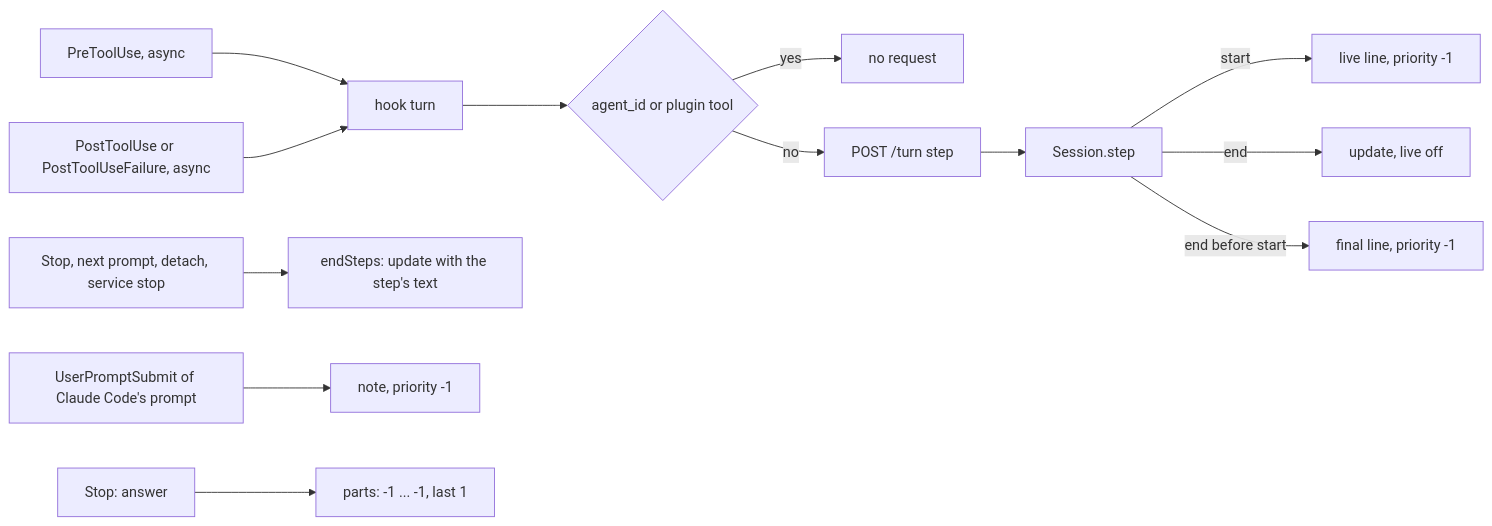
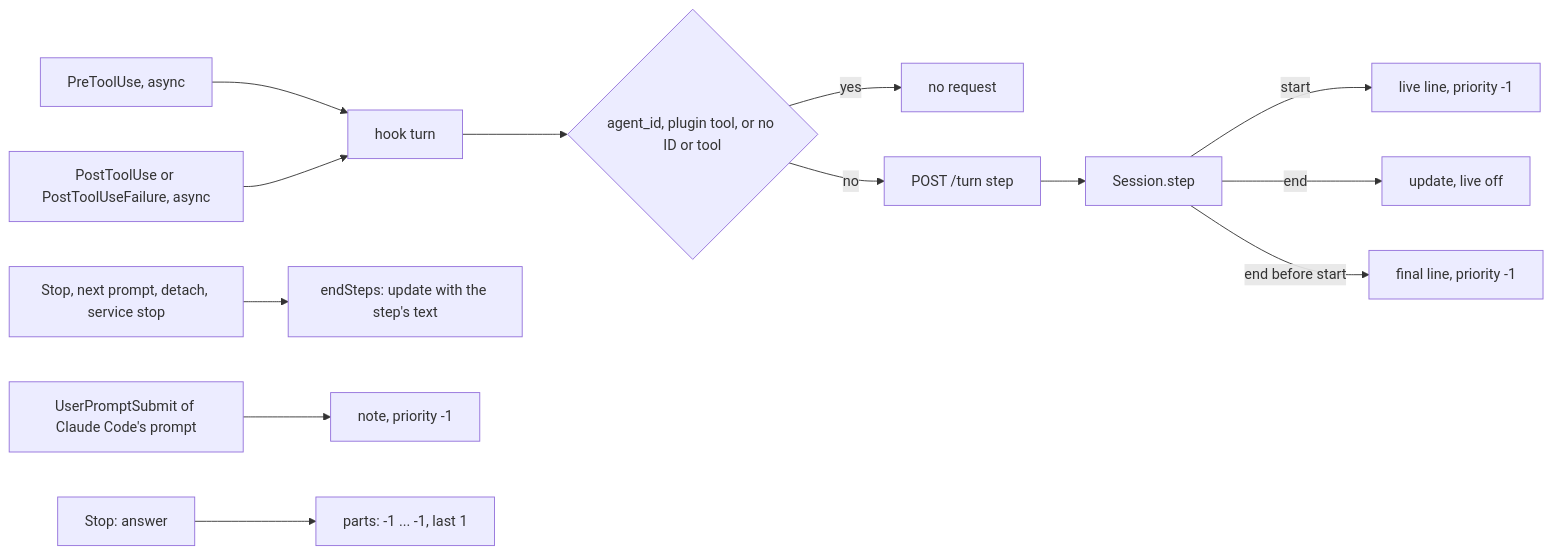
One commit to simplex-chat/simplex-chat changed the third of 3 diagrams in plans/2026-11-12-mcp-activity.md. Above: the diagram before and after it, drawn with Mermaid. The commit also changed other lines of this file, not shown here.

````diff
--- a/plans/2026-11-12-mcp-activity.md
+++ b/plans/2026-11-12-mcp-activity.md
@@ -231,15 +261,15 @@
 ```mermaid
 flowchart LR
   P[PreToolUse, async] --> H[hook turn]
   E[PostToolUse or PostToolUseFailure, async] --> H
-  H --> F{agent_id or plugin tool}
+  H --> F{agent_id, plugin tool, or no ID or tool}
   F -- yes --> X[no request]
   F -- no --> T[POST /turn step]
   T --> S[Session.step]
   S -- start --> L[live line, priority -1]
   S -- end --> U[update, live off]
   S -- end before start --> M[final line, priority -1]
   Z[Stop, next prompt, detach, service stop] --> W[endSteps: update with the step's text]
   N[UserPromptSubmit of Claude Code's prompt] --> C[note, priority -1]
   Q[Stop: answer] --> R[parts: -1 ... -1, last 1]
 ```
````
